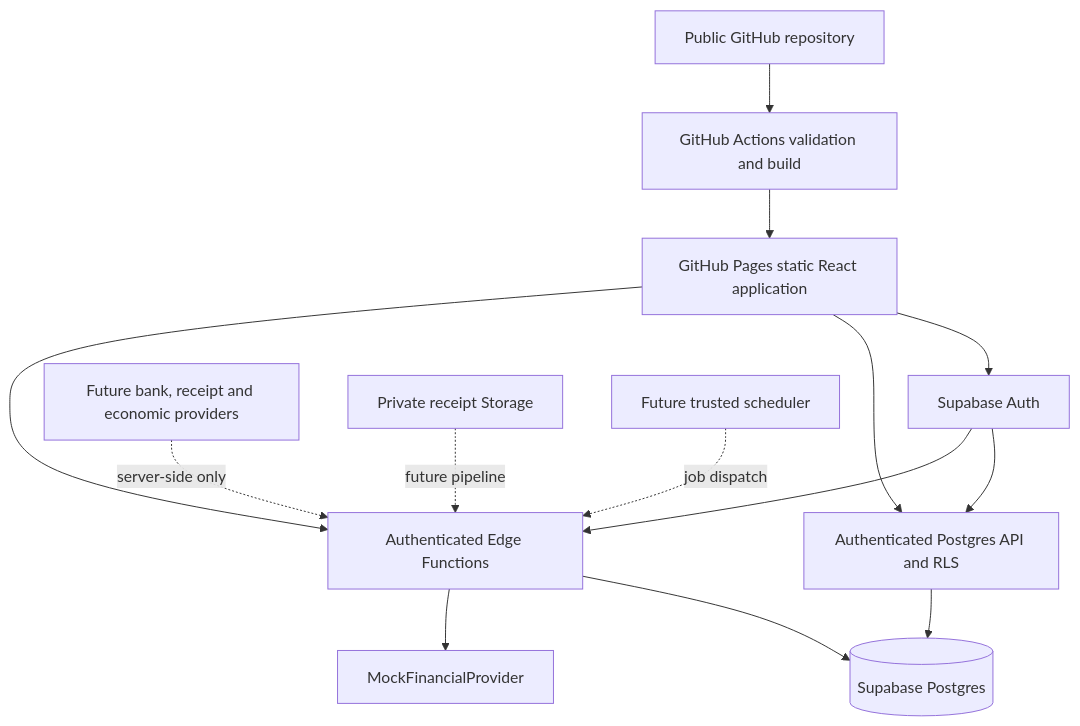
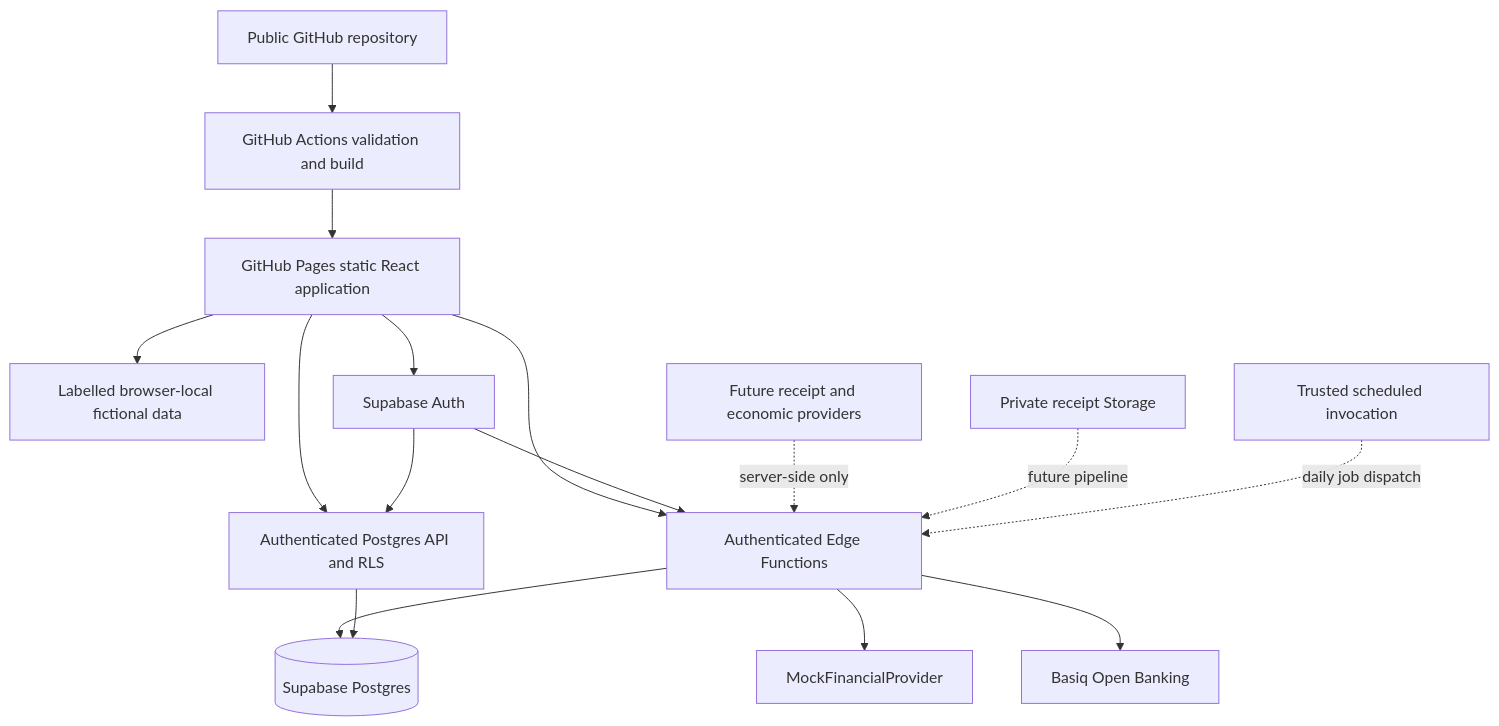
The diagram in docs/architecture.md (ziliangli2018-cyber/clinic-finance), drawn with Mermaid before and after one commit. The commit also changed other lines of this file and 41 other files, not shown here.

````diff
--- a/docs/architecture.md
+++ b/docs/architecture.md
@@ -5,16 +5,18 @@
 ```mermaid
 flowchart TD
   Repo[Public GitHub repository] --> CI[GitHub Actions validation and build]
   CI --> Pages[GitHub Pages static React application]
+  Pages --> PublicDemo[Labelled browser-local fictional data]
   Pages --> Auth[Supabase Auth]
   Pages --> RLS[Authenticated Postgres API and RLS]
   Pages --> Edge[Authenticated Edge Functions]
   Auth --> RLS
   Auth --> Edge
   Edge --> DB[(Supabase Postgres)]
   RLS --> DB
   Edge --> Mock[MockFinancialProvider]
-  Future[Future bank, receipt and economic providers] -. server-side only .-> Edge
+  Edge --> Basiq[Basiq Open Banking]
+  Future[Future receipt and economic providers] -. server-side only .-> Edge
   Storage[Private receipt Storage] -. future pipeline .-> Edge
-  Scheduler[Future trusted scheduler] -. job dispatch .-> Edge
+  Scheduler[Trusted scheduled invocation] -. daily job dispatch .-> Edge
 ```
````
